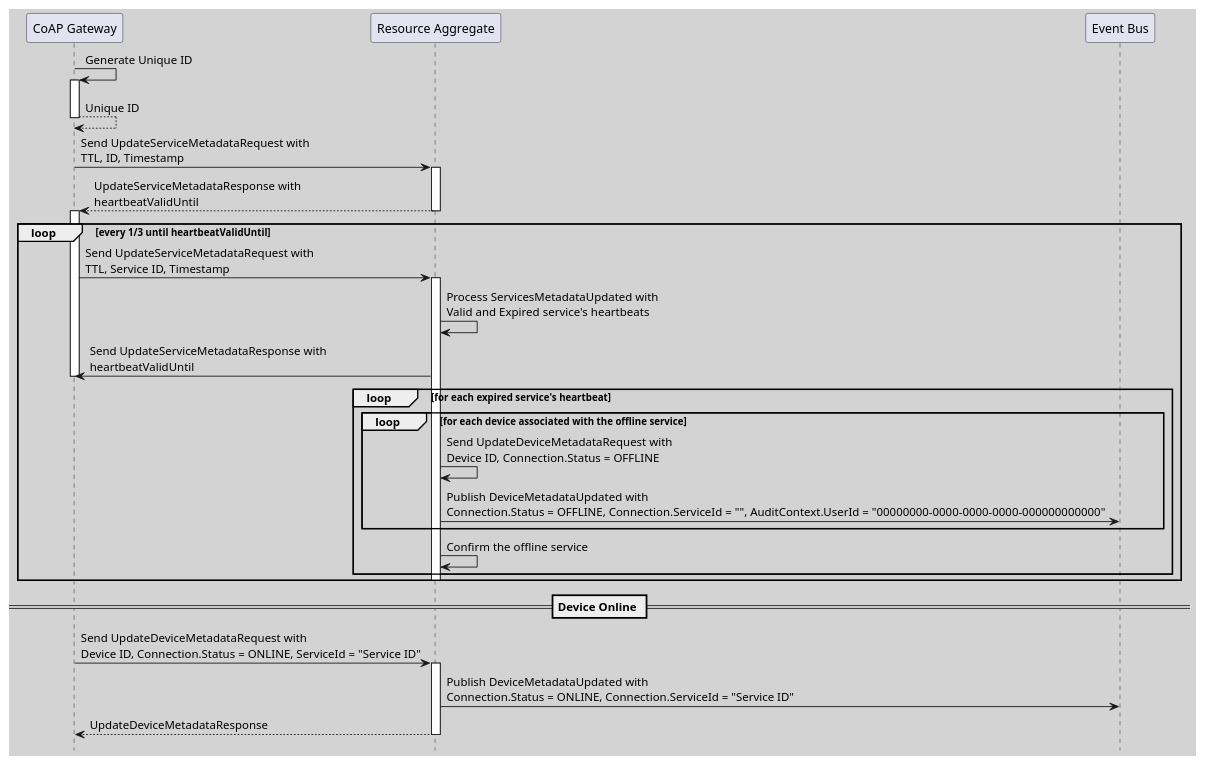
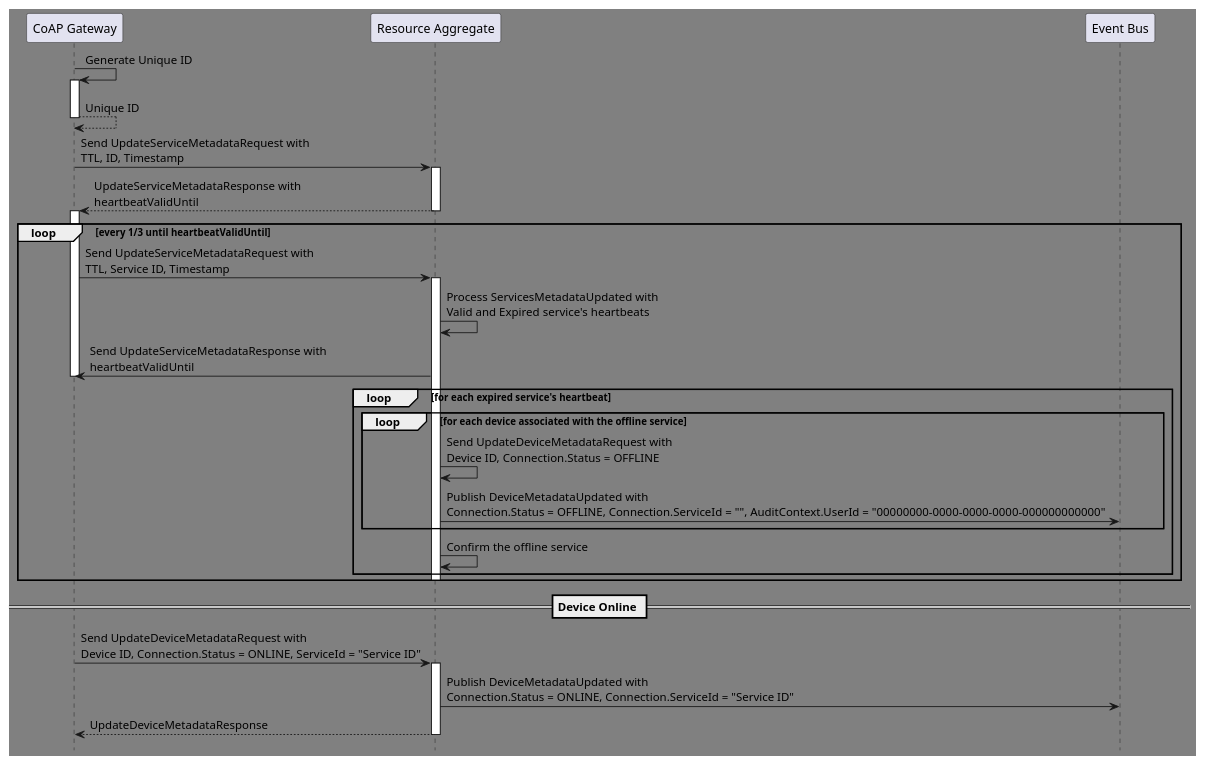
One commit to plgd-dev/doc changed the diagram in content/en/docs/features/monitoring-and-diagnostics/monitoring-device-connectivity.md. Above: the diagram before and after it, drawn with PlantUML.

Commit message:
changed colou to grey monitorin-device-conectivity.md

```diff
--- a/content/en/docs/features/monitoring-and-diagnostics/monitoring-device-connectivity.md
+++ b/content/en/docs/features/monitoring-and-diagnostics/monitoring-device-connectivity.md
@@ -32,37 +32,37 @@
 {{< plantuml id="update-services-metadata" >}}
 @startuml Sequence
-skinparam backgroundColor lightgrey
+skinparam backgroundColor grey
 hide footbox
 
 participant CoAPGateway as "CoAP Gateway"
 participant ResourceAggregate as "Resource Aggregate"
 participant EventBus as "Event Bus"
 
 CoAPGateway -> CoAPGateway++: Generate Unique ID
 return Unique ID
 CoAPGateway -> ResourceAggregate++: Send UpdateServiceMetadataRequest with\nTTL, ID, Timestamp
 return UpdateServiceMetadataResponse with\nheartbeatValidUntil
 activate CoAPGateway
 loop every 1/3 until heartbeatValidUntil
    CoAPGateway -> ResourceAggregate++: Send UpdateServiceMetadataRequest with\nTTL, Service ID, Timestamp
    ResourceAggregate -> ResourceAggregate: Process ServicesMetadataUpdated with\nValid and Expired service's heartbeats
    ResourceAggregate -> CoAPGateway: Send UpdateServiceMetadataResponse with\nheartbeatValidUntil
    deactivate CoAPGateway
    loop for each expired service's heartbeat
       loop for each device associated with the offline service
          ResourceAggregate -> ResourceAggregate: Send UpdateDeviceMetadataRequest with\nDevice ID, Connection.Status = OFFLINE
          ResourceAggregate -> EventBus: Publish DeviceMetadataUpdated with\nConnection.Status = OFFLINE, Connection.ServiceId = "", AuditContext.UserId = "00000000-0000-0000-0000-000000000000"
       end
       ResourceAggregate -> ResourceAggregate: Confirm the offline service
    end
    deactivate ResourceAggregate
 end
 
 == Device Online ==
 
 CoAPGateway -> ResourceAggregate++ : Send UpdateDeviceMetadataRequest with\nDevice ID, Connection.Status = ONLINE, ServiceId = "Service ID"
 ResourceAggregate -> EventBus: Publish DeviceMetadataUpdated with\nConnection.Status = ONLINE, Connection.ServiceId = "Service ID"
 return UpdateDeviceMetadataResponse
 
 @enduml
 {{< /plantuml >}}
```
